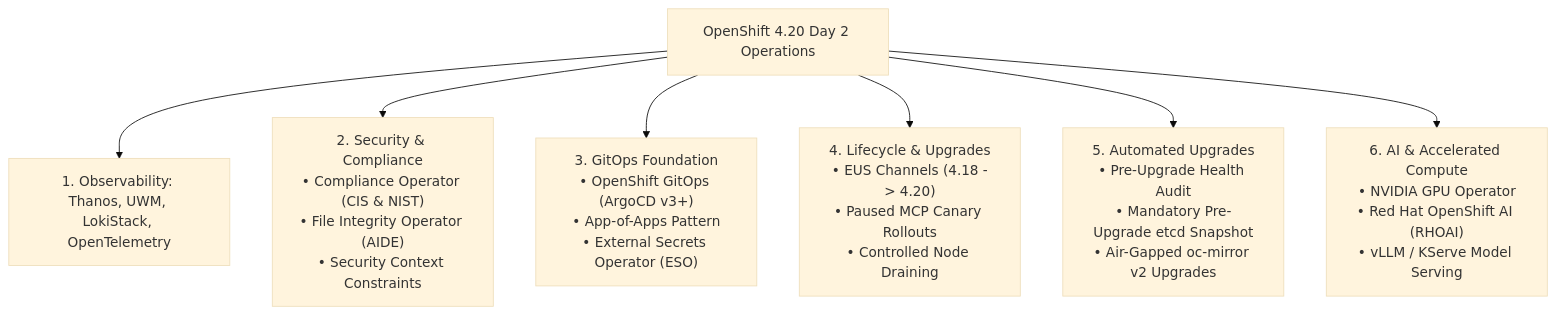
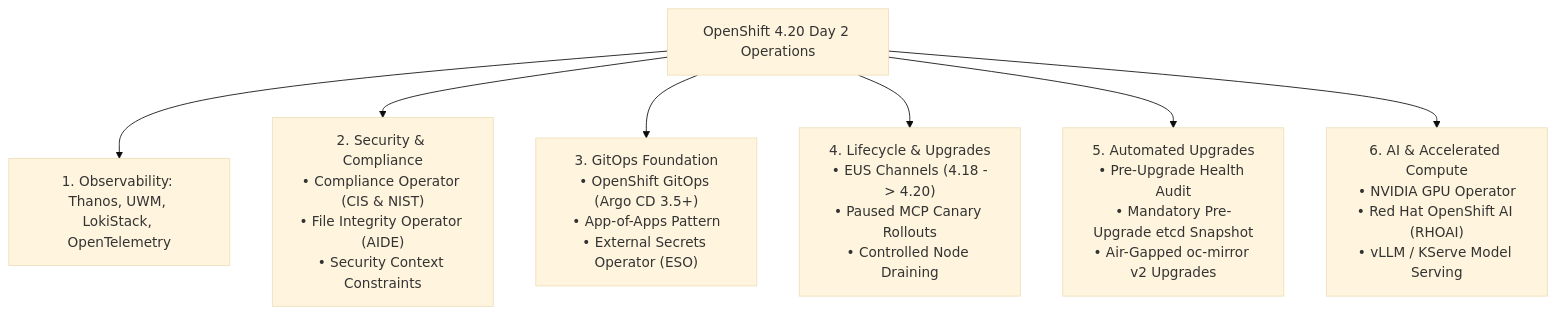
The diagram in docs/07-day2-operations/README.md (nubenetes/openshift-4-20-installation-day0-day2), drawn with Mermaid (base theme) before and after one commit. The commit also changed other lines of this file and 5 other files, not shown here.

````diff
--- a/docs/07-day2-operations/README.md
+++ b/docs/07-day2-operations/README.md
@@ -9,9 +9,9 @@
 ```mermaid
 flowchart TD
     D2[OpenShift 4.20 Day 2 Operations] --> Obs[1. Observability: Thanos, UWM, LokiStack, OpenTelemetry]
     D2 --> Sec["2. Security & Compliance<br/>• Compliance Operator (CIS & NIST)<br/>• File Integrity Operator (AIDE)<br/>• Security Context Constraints"]
-    D2 --> GitOps["3. GitOps Foundation<br/>• OpenShift GitOps (ArgoCD v3+)<br/>• App-of-Apps Pattern<br/>• External Secrets Operator (ESO)"]
+    D2 --> GitOps["3. GitOps Foundation<br/>• OpenShift GitOps (Argo CD 3.5+)<br/>• App-of-Apps Pattern<br/>• External Secrets Operator (ESO)"]
     D2 --> Upgrades["4. Lifecycle & Upgrades<br/>• EUS Channels (4.18 -> 4.20)<br/>• Paused MCP Canary Rollouts<br/>• Controlled Node Draining"]
     D2 --> AutoUpgrades["5. Automated Upgrades<br/>• Pre-Upgrade Health Audit<br/>• Mandatory Pre-Upgrade etcd Snapshot<br/>• Air-Gapped oc-mirror v2 Upgrades"]
     D2 --> AI["6. AI & Accelerated Compute<br/>• NVIDIA GPU Operator<br/>• Red Hat OpenShift AI (RHOAI)<br/>• vLLM / KServe Model Serving"]
 ```
````
